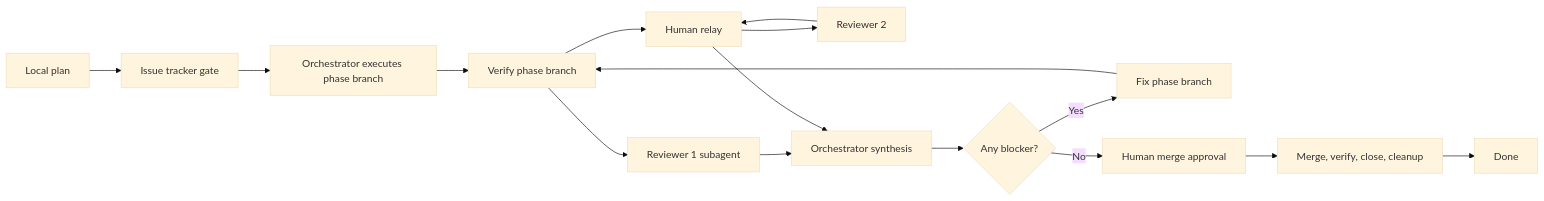
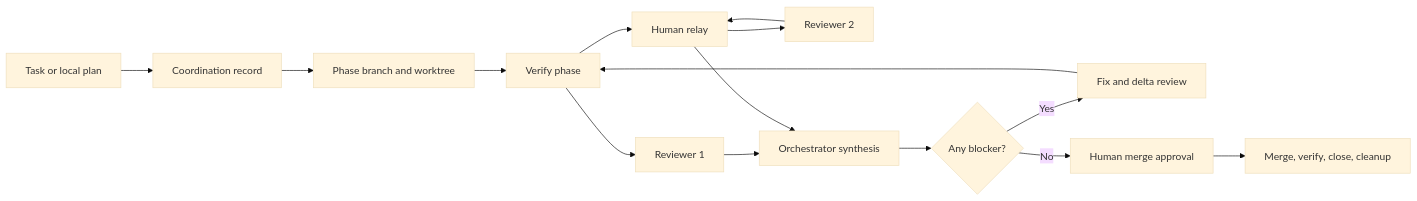
Before and after one commit to nickzren/four-eyes: the diagram in README.md, drawn with Mermaid (base theme). The commit also changed other lines of this file and 12 other files, not shown here.

````diff
--- a/README.md
+++ b/README.md
@@ -41,18 +38,17 @@
 ```mermaid
 flowchart LR
-    Plan["Local plan"] --> Issue["Issue tracker gate"]
-    Issue --> Work["Orchestrator executes phase branch"]
-    Work --> Verify["Verify phase branch"]
-    Verify --> R1["Reviewer 1 subagent"]
+    Plan["Task or local plan"] --> Record["Coordination record"]
+    Record --> Work["Phase branch and worktree"]
+    Work --> Verify["Verify phase"]
+    Verify --> R1["Reviewer 1"]
     Verify --> Relay["Human relay"]
     Relay --> R2["Reviewer 2"]
-    R1 --> Synth
+    R1 --> Synth["Orchestrator synthesis"]
     R2 --> Relay
-    Relay --> Synth["Orchestrator synthesis"]
+    Relay --> Synth
     Synth --> Decision{"Any blocker?"}
-    Decision -->|Yes| Fix["Fix phase branch"]
+    Decision -->|Yes| Fix["Fix and delta review"]
     Fix --> Verify
     Decision -->|No| Approve["Human merge approval"]
     Approve --> Merge["Merge, verify, close, cleanup"]
-    Merge --> Done["Done"]
 ```
````
